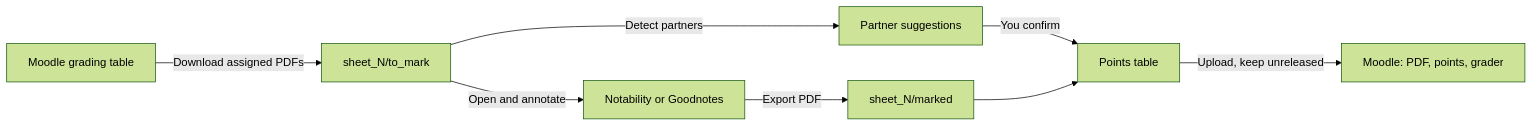
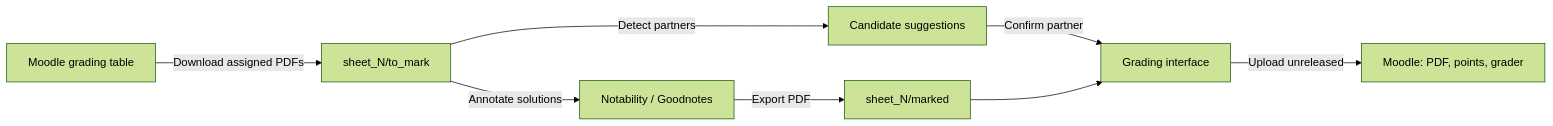
The diagram in README.md (flyingpalli/correct), drawn with Mermaid (forest theme) before and after one commit. The commit also changed other lines of this file, not shown here.

````diff
--- a/README.md
+++ b/README.md
@@ -51,10 +51,10 @@
 ```mermaid
 flowchart LR
     A["Moodle grading table"] -->|"Download assigned PDFs"| B["sheet_N/to_mark"]
-    B -->|"Open and annotate"| C["Notability or Goodnotes"]
+    B -->|"Annotate solutions"| C["Notability / Goodnotes"]
     C -->|"Export PDF"| D["sheet_N/marked"]
-    B -->|"Detect partners"| E["Partner suggestions"]
-    E -->|"You confirm"| F["Points table"]
+    B -->|"Detect partners"| E["Candidate suggestions"]
+    E -->|"Confirm partner"| F["Grading interface"]
     D --> F
-    F -->|"Upload, keep unreleased"| G["Moodle: PDF, points, grader"]
+    F -->|"Upload unreleased"| G["Moodle: PDF, points, grader"]
 ```
````
